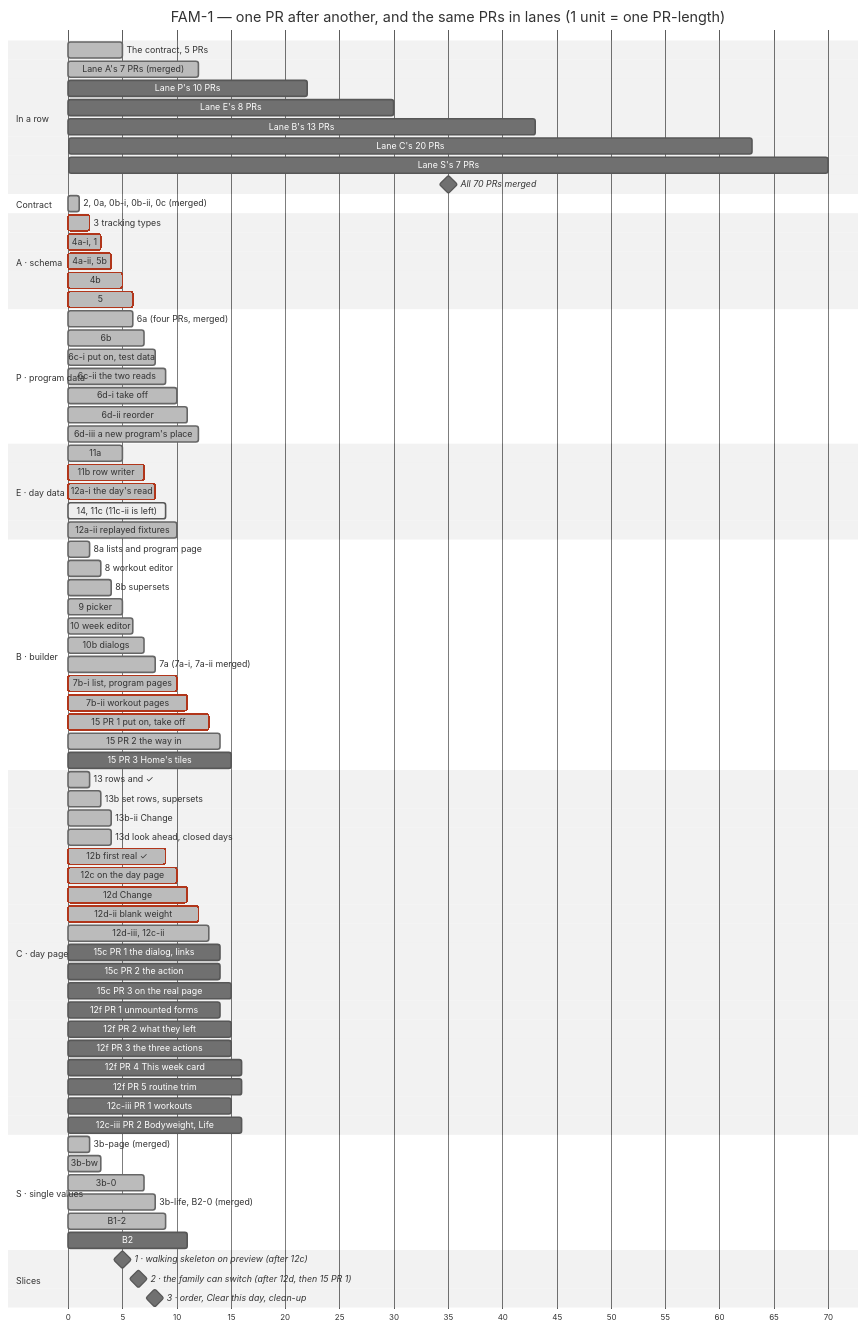
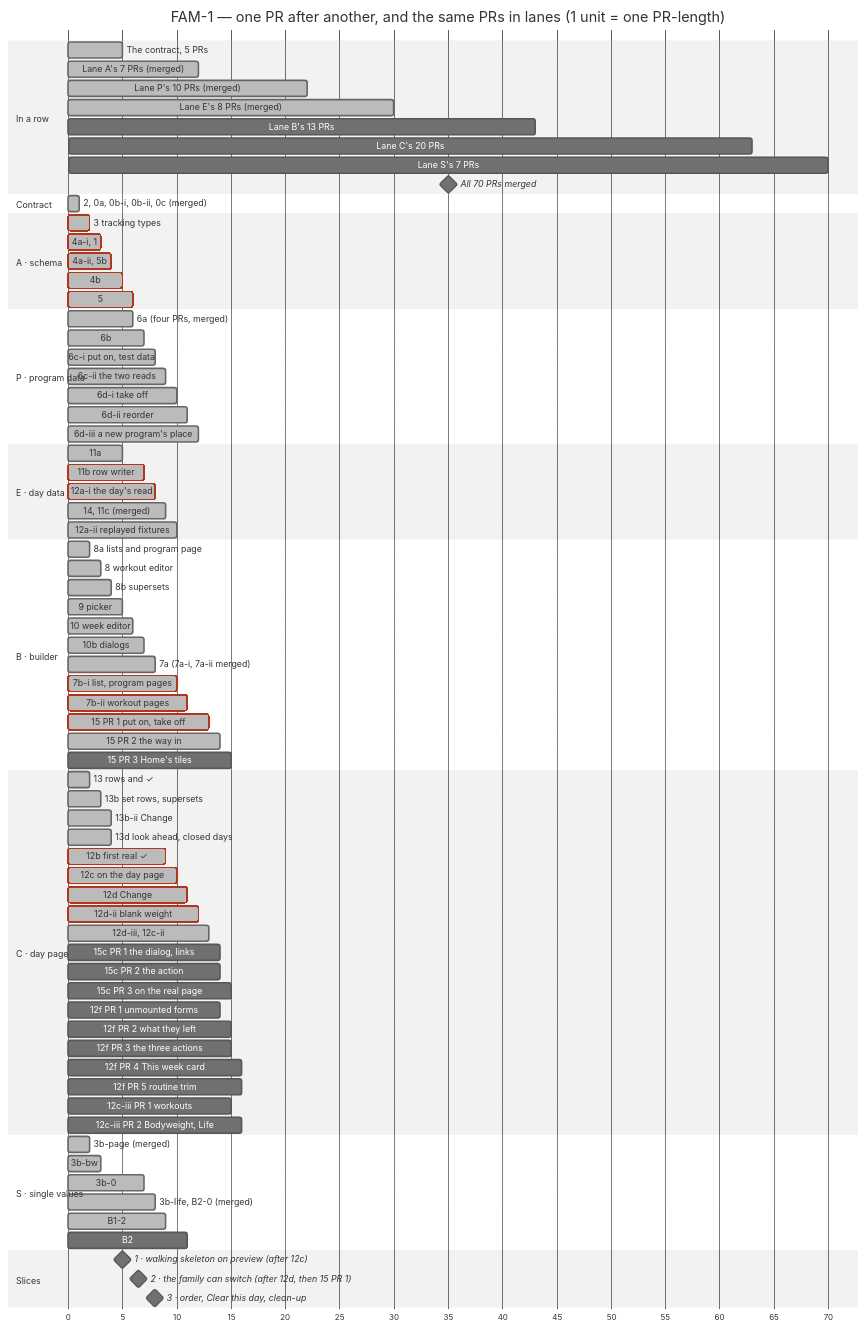
Before and after one commit to ralamode/mat-plan: the second of 2 diagrams in docs/milestones/fam-1-family-program.md, drawn with Mermaid (neutral theme). The commit also changed other lines of this file and 1 other file, not shown here.

First line of the commit message:
docs(fam-1): 11c-ii is built; the milestone counts 58 of 70 and lane E is done (#719)

```diff
--- a/docs/milestones/fam-1-family-program.md
+++ b/docs/milestones/fam-1-family-program.md
@@ -267,8 +267,8 @@
   section In a row
   The contract, 5 PRs          :done, r0, 0, 5
   Lane A's 7 PRs (merged)      :done, r1, 5, 12
-  Lane P's 10 PRs              :r2, 12, 22
-  Lane E's 8 PRs               :r3, 22, 30
+  Lane P's 10 PRs (merged)     :done, r2, 12, 22
+  Lane E's 8 PRs (merged)      :done, r3, 22, 30
   Lane B's 13 PRs              :r4, 30, 43
   Lane C's 20 PRs              :r5, 43, 63
   Lane S's 7 PRs               :r6, 63, 70
@@ -297,7 +297,7 @@
   11a                          :done, e1, 4, 5
   11b row writer               :crit, done, e2, 5, 7
   12a-i the day's read         :crit, done, e3, 7, 8
-  14, 11c (11c-ii is left)     :active, e4, 8, 9
+  14, 11c (merged)             :done, e4, 8, 9
   12a-ii replayed fixtures     :done, e5, 9, 10
 
   section B · builder
```
